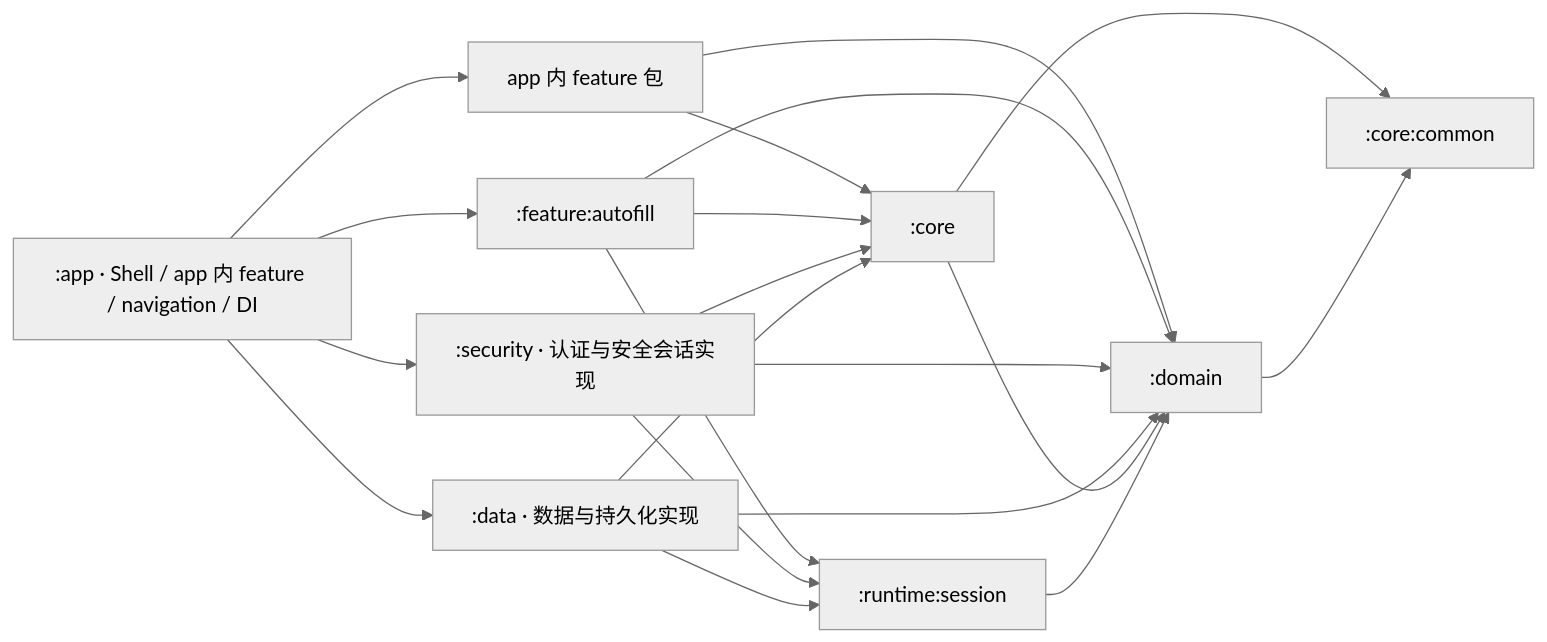
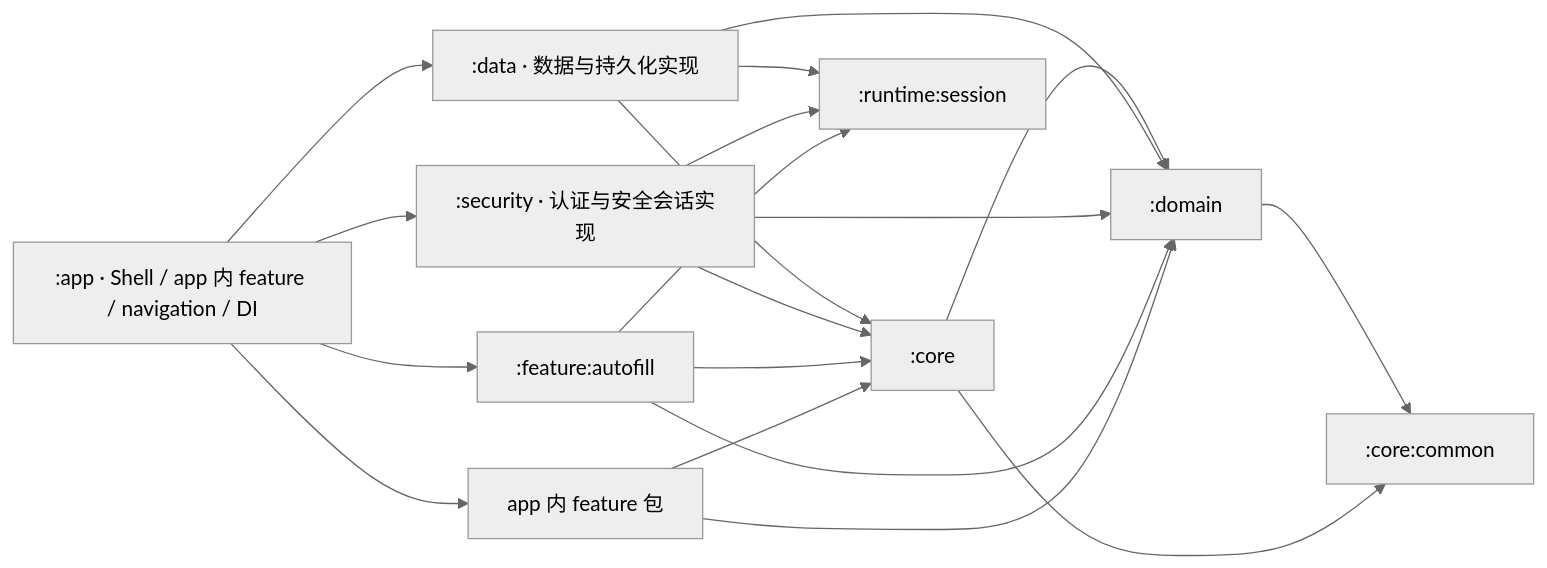
Before and after one commit to aozijx/Passly: the first of 2 diagrams in docs/architecture/overview.md, drawn with Mermaid (neutral theme). The commit also changed other lines of this file and 22 other files, not shown here.

Commit message:
docs(architecture): sync module boundary contracts

````diff
--- a/docs/architecture/overview.md
+++ b/docs/architecture/overview.md
@@ -26,22 +26,21 @@
 ```mermaid
 flowchart LR
     APP[":app · Shell / app 内 feature / navigation / DI"] --> FEATURE["app 内 feature 包"]
     APP --> AUTOFILL[":feature:autofill"]
     APP --> DATA[":data · 数据与持久化实现"]
     APP --> SECURITY[":security · 认证与安全会话实现"]
     FEATURE --> CORE[":core"]
     FEATURE --> D[":domain"]
     AUTOFILL --> CORE
     AUTOFILL --> D
     AUTOFILL --> SESSION[":runtime:session"]
     SECURITY --> SESSION
     SECURITY --> CORE
     SECURITY --> D
     DATA --> SESSION[":runtime:session"]
     DATA --> CORE
     DATA --> D
     CORE --> D
     CORE --> COMMON
-    SESSION --> D
     D --> COMMON[":core:common"]
 ```
````
